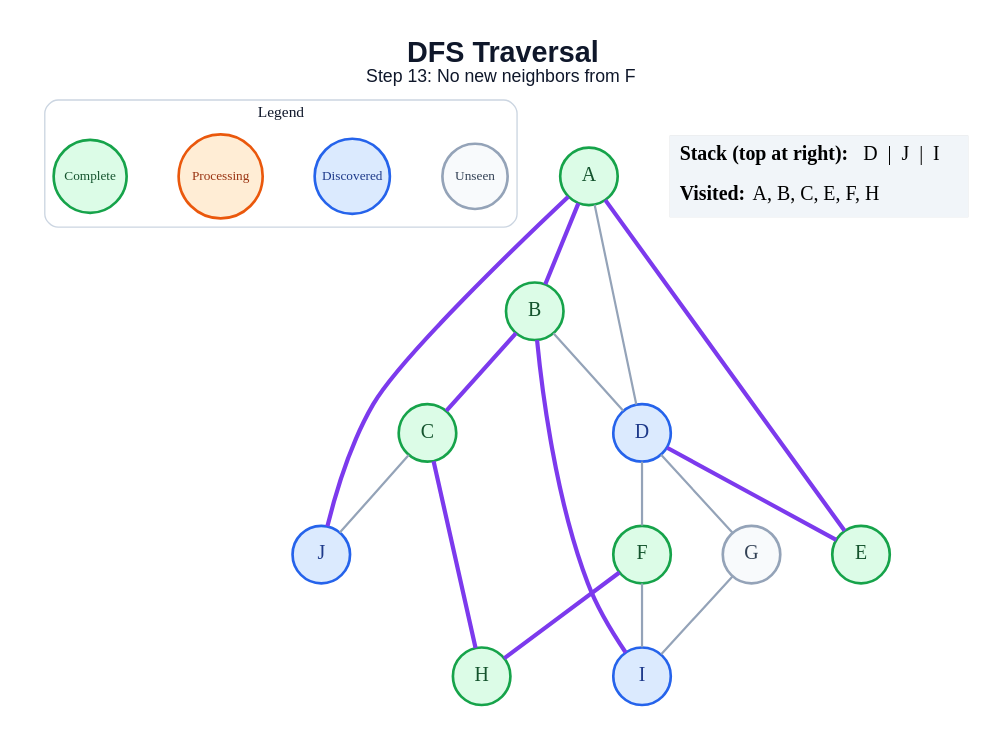
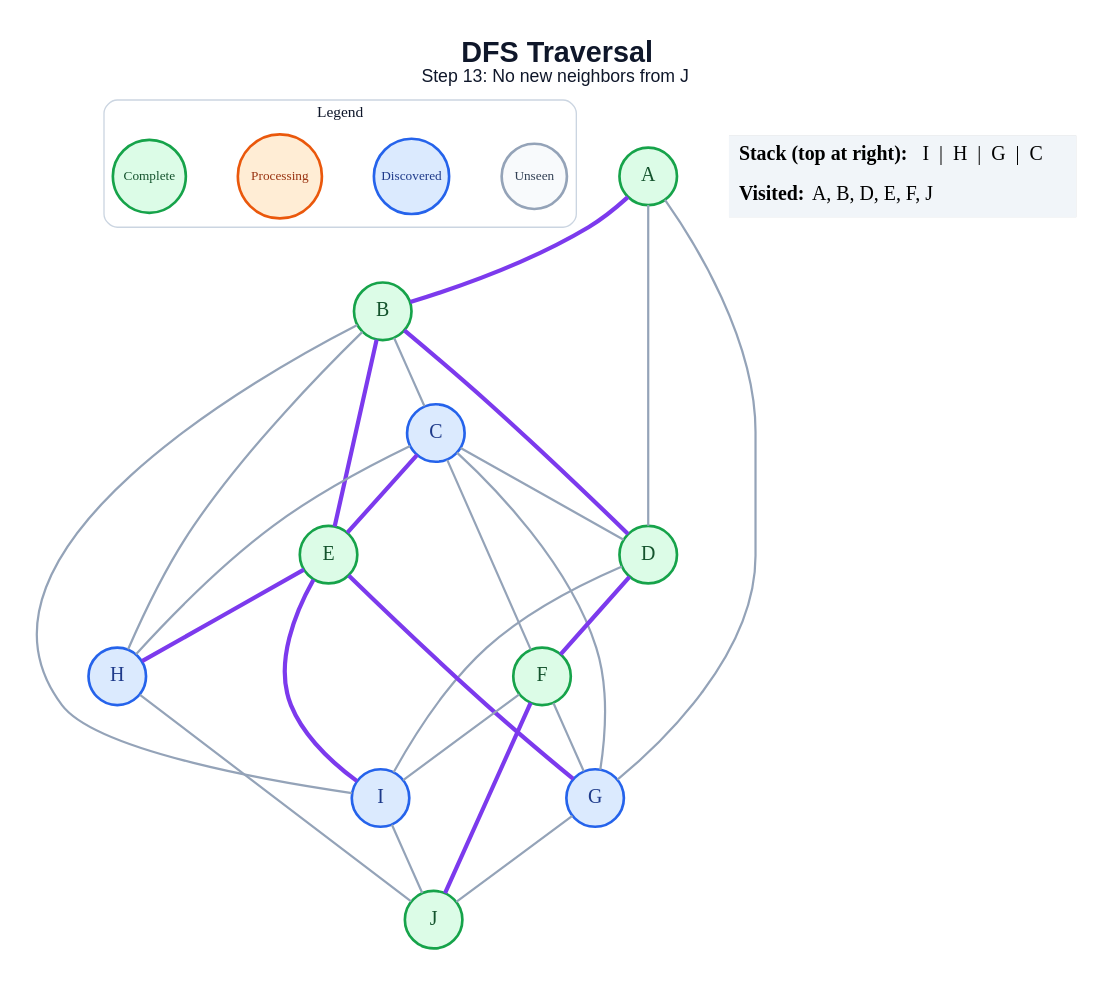
The diagram in generated/specific-node/dfs/step_13.dot (amanghodawala9/ai-slop), drawn with Graphviz before and after one commit. The commit also changed 178 other files, not shown here.

```diff
--- a/generated/specific-node/dfs/step_13.dot
+++ b/generated/specific-node/dfs/step_13.dot
@@ -1,44 +1,53 @@
 graph traversal {
   graph [layout=dot, rankdir=TB, bgcolor="#FFFFFF", pad="0.35", nodesep="0.65", ranksep="0.8", fontname="Arial"];
   node [shape=circle, style="filled", fontname="Arial Bold", fontsize=18, width=0.72, fixedsize=true, penwidth=2.4];
   edge [color="#94A3B8", penwidth=2.0];
-  label=<<B>DFS Traversal</B><BR/><FONT POINT-SIZE="16">Step 13: No new neighbors from F</FONT>>; labelloc="t"; fontsize=26; fontname="Arial"; fontcolor="#0F172A";
+  label=<<B>DFS Traversal</B><BR/><FONT POINT-SIZE="16">Step 13: No new neighbors from J</FONT>>; labelloc="t"; fontsize=26; fontname="Arial"; fontcolor="#0F172A";
   subgraph cluster_legend { label="Legend"; color="#CBD5E1"; penwidth=1.2; style="rounded"; fontsize=14; fontname="Arial Bold";
     key_unseen [label="Unseen", fillcolor="#F8FAFC", color="#94A3B8", fontcolor="#334155", fontsize=12, width=0.82];
     key_frontier [label="Discovered", fillcolor="#DBEAFE", color="#2563EB", fontcolor="#1E3A8A", fontsize=12, width=0.95];
     key_current [label="Processing", fillcolor="#FFEDD5", color="#EA580C", fontcolor="#9A3412", fontsize=12, width=1.05];
     key_done [label="Complete", fillcolor="#DCFCE7", color="#16A34A", fontcolor="#14532D", fontsize=12, width=0.92];
     { rank=same; key_unseen; key_frontier; key_current; key_done; }
   }
   A [fillcolor="#DCFCE7", color="#16A34A", fontcolor="#14532D"];
   B [fillcolor="#DCFCE7", color="#16A34A", fontcolor="#14532D"];
-  C [fillcolor="#DCFCE7", color="#16A34A", fontcolor="#14532D"];
-  D [fillcolor="#DBEAFE", color="#2563EB", fontcolor="#1E3A8A"];
+  C [fillcolor="#DBEAFE", color="#2563EB", fontcolor="#1E3A8A"];
+  D [fillcolor="#DCFCE7", color="#16A34A", fontcolor="#14532D"];
   E [fillcolor="#DCFCE7", color="#16A34A", fontcolor="#14532D"];
   F [fillcolor="#DCFCE7", color="#16A34A", fontcolor="#14532D"];
-  G [fillcolor="#F8FAFC", color="#94A3B8", fontcolor="#334155"];
-  H [fillcolor="#DCFCE7", color="#16A34A", fontcolor="#14532D"];
+  G [fillcolor="#DBEAFE", color="#2563EB", fontcolor="#1E3A8A"];
+  H [fillcolor="#DBEAFE", color="#2563EB", fontcolor="#1E3A8A"];
   I [fillcolor="#DBEAFE", color="#2563EB", fontcolor="#1E3A8A"];
-  J [fillcolor="#DBEAFE", color="#2563EB", fontcolor="#1E3A8A"];
+  J [fillcolor="#DCFCE7", color="#16A34A", fontcolor="#14532D"];
   A -- B [color="#7C3AED", penwidth=3.8];
   A -- D;
-  A -- E [color="#7C3AED", penwidth=3.8];
-  A -- J [color="#7C3AED", penwidth=3.8];
-  B -- C [color="#7C3AED", penwidth=3.8];
-  B -- D;
-  B -- I [color="#7C3AED", penwidth=3.8];
-  C -- H [color="#7C3AED", penwidth=3.8];
-  C -- J;
-  D -- E [color="#7C3AED", penwidth=3.8];
-  D -- F;
-  D -- G;
-  F -- H [color="#7C3AED", penwidth=3.8];
+  A -- G;
+  B -- C;
+  B -- D [color="#7C3AED", penwidth=3.8];
+  B -- E [color="#7C3AED", penwidth=3.8];
+  B -- H;
+  B -- I;
+  C -- D;
+  C -- E [color="#7C3AED", penwidth=3.8];
+  C -- F;
+  C -- G;
+  C -- H;
+  D -- F [color="#7C3AED", penwidth=3.8];
+  D -- I;
+  E -- G [color="#7C3AED", penwidth=3.8];
+  E -- H [color="#7C3AED", penwidth=3.8];
+  E -- I [color="#7C3AED", penwidth=3.8];
+  F -- G;
   F -- I;
-  G -- I;
+  F -- J [color="#7C3AED", penwidth=3.8];
+  G -- J;
+  H -- J;
+  I -- J;
   status [shape=plain, fixedsize=false, width=0, height=0, margin=0, label=<
     <TABLE BORDER="0" CELLBORDER="0" CELLPADDING="7" BGCOLOR="#F1F5F9">
-      <TR><TD ALIGN="LEFT"><B>Stack (top at right):</B> D  |  J  |  I</TD></TR>
-      <TR><TD ALIGN="LEFT"><B>Visited:</B> A, B, C, E, F, H</TD></TR>
+      <TR><TD ALIGN="LEFT"><B>Stack (top at right):</B> I  |  H  |  G  |  C</TD></TR>
+      <TR><TD ALIGN="LEFT"><B>Visited:</B> A, B, D, E, F, J</TD></TR>
     </TABLE>
   >];
 }
```
